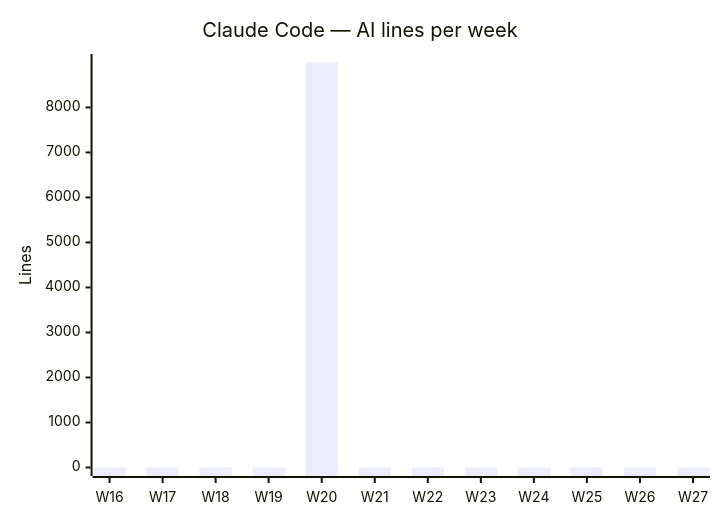
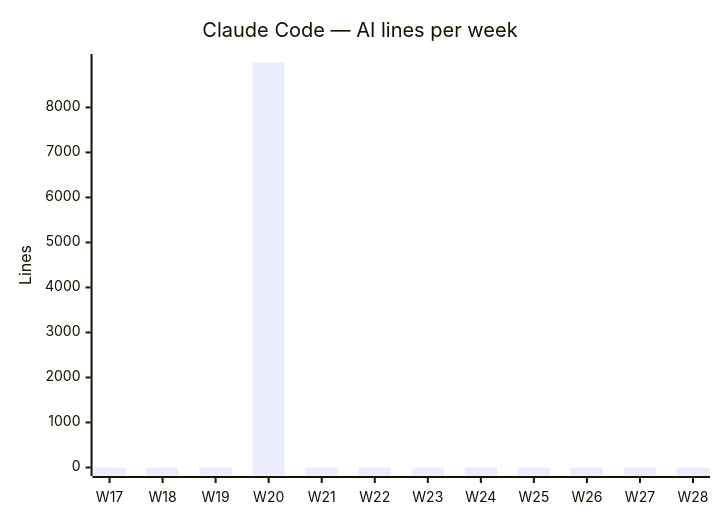
Before and after one commit to fromwaydowntown/ai-use: the second of 4 diagrams in docs/AI_USAGE.md, drawn with Mermaid. The commit also changed other lines of this file, not shown here.

````diff
--- a/docs/AI_USAGE.md
+++ b/docs/AI_USAGE.md
@@ -29,7 +29,7 @@
 ```mermaid
 xychart-beta
     title "Claude Code — AI lines per week"
-    x-axis ["W16", "W17", "W18", "W19", "W20", "W21", "W22", "W23", "W24", "W25", "W26", "W27"]
+    x-axis ["W17", "W18", "W19", "W20", "W21", "W22", "W23", "W24", "W25", "W26", "W27", "W28"]
     y-axis "Lines"
-    bar [0, 0, 0, 0, 8998, 0, 0, 0, 0, 0, 0, 0]
+    bar [0, 0, 0, 8998, 0, 0, 0, 0, 0, 0, 0, 0]
 ```
````
